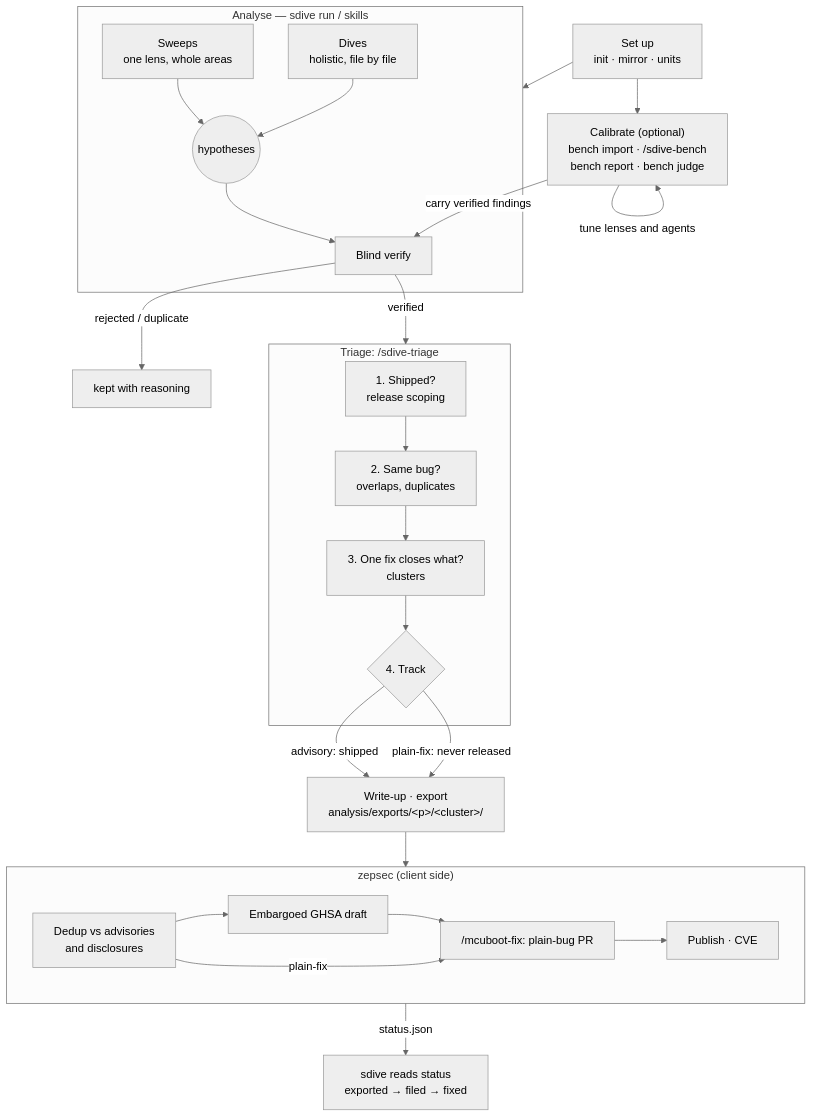
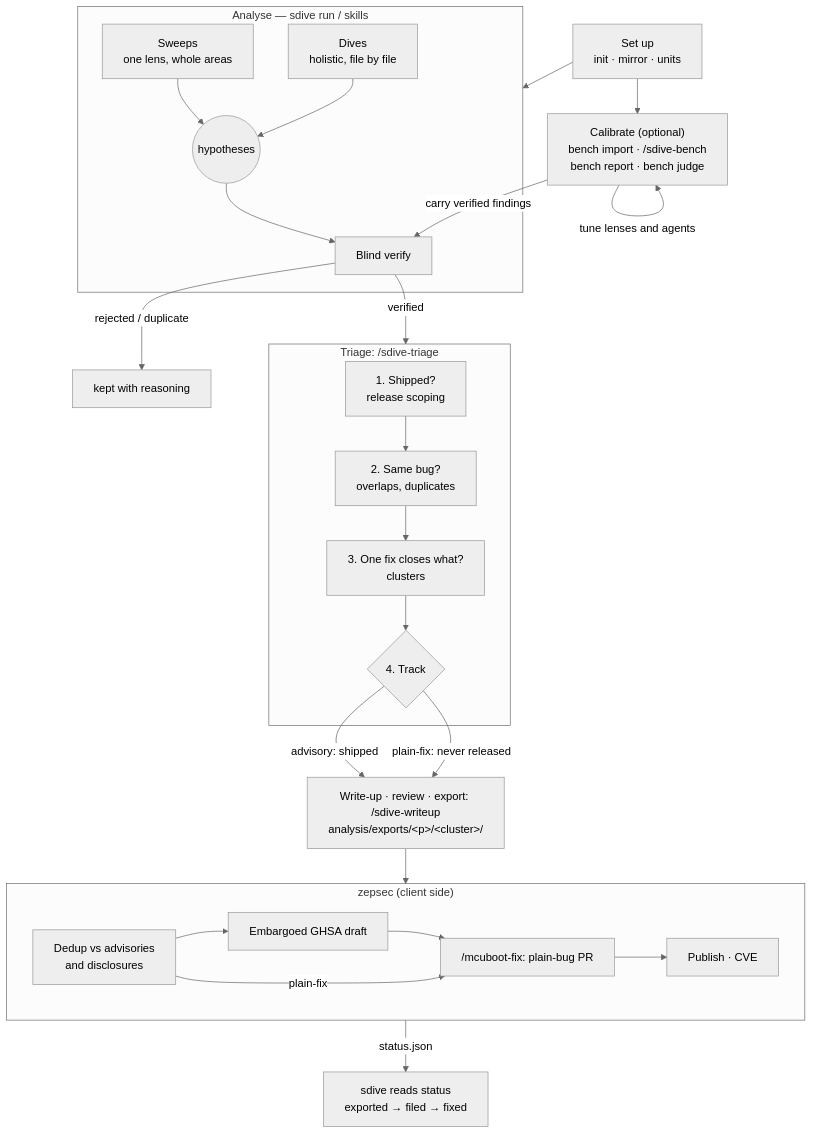
The diagram in process.md (ceolin/sdive), drawn with Mermaid (neutral theme) before and after one commit. The commit also changed other lines of this file and 10 other files, not shown here.

First line of the commit message:
Add write-up and export for tracked clusters

````diff
--- a/process.md
+++ b/process.md
@@ -51,35 +51,35 @@
 ```mermaid
 flowchart TD
     setup["Set up<br/>init · mirror · units"] --> bench
     setup --> analyse
     bench["Calibrate (optional)<br/>bench import · /sdive-bench<br/>bench report · bench judge"] -->|tune lenses and agents| bench
     bench -->|carry verified findings| verify
 
     subgraph analyse ["Analyse — sdive run / skills"]
         sweep["Sweeps<br/>one lens, whole areas"] --> hyp((hypotheses))
         dive["Dives<br/>holistic, file by file"] --> hyp
         hyp --> verify["Blind verify"]
     end
 
     verify -->|rejected / duplicate| done1[kept with reasoning]
     verify -->|verified| triage
 
     subgraph triage ["Triage: /sdive-triage"]
         scope["1. Shipped?<br/>release scoping"] --> dup["2. Same bug?<br/>overlaps, duplicates"]
         dup --> cluster["3. One fix closes what?<br/>clusters"]
         cluster --> track{"4. Track"}
     end
 
     track -->|advisory: shipped| export
     track -->|plain-fix: never released| export
-    export["Write-up · export<br/>analysis/exports/&lt;p&gt;/&lt;cluster&gt;/"] --> zepsec
+    export["Write-up · review · export: /sdive-writeup<br/>analysis/exports/&lt;p&gt;/&lt;cluster&gt;/"] --> zepsec
 
     subgraph zepsec ["zepsec (client side)"]
         dedup["Dedup vs advisories<br/>and disclosures"] --> ghsa["Embargoed GHSA draft"]
         ghsa --> fix["/mcuboot-fix: plain-bug PR"]
         dedup -->|plain-fix| fix
         fix --> pub["Publish · CVE"]
     end
 
     zepsec -->|status.json| back["sdive reads status<br/>exported → filed → fixed"]
 ```
````
